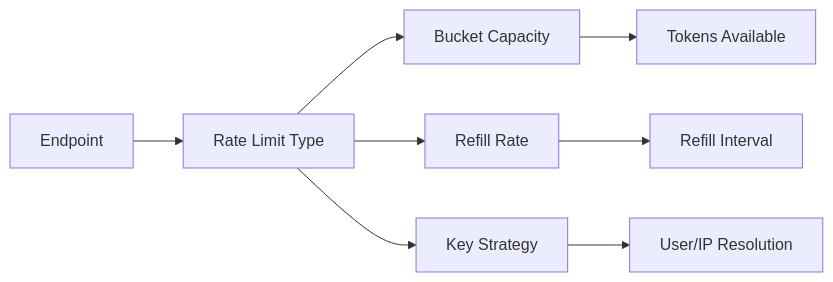
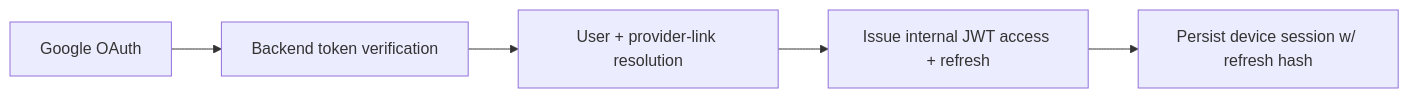
The diagram in README.md (Vinay2080/dragon-of-north), drawn with Mermaid before and after one commit. The commit also changed other lines of this file, not shown here.

Commit message:
docs: rewrite README as architecture-focused auth design brief

````diff
--- a/README.md
+++ b/README.md
@@ -971,10 +67,7 @@
 ```mermaid
 flowchart LR
-    A[Endpoint] --> B[Rate Limit Type]
-    B --> C[Bucket Capacity]
-    B --> D[Refill Rate]
-    B --> E[Key Strategy]
-    C --> F[Tokens Available]
-    D --> G[Refill Interval]
-    E --> H[User/IP Resolution]
+  G[Google OAuth] --> B[Backend token verification]
+  B --> U[User + provider-link resolution]
+  U --> T[Issue internal JWT access + refresh]
+  T --> S[Persist device session w/ refresh hash]
 ```
````
